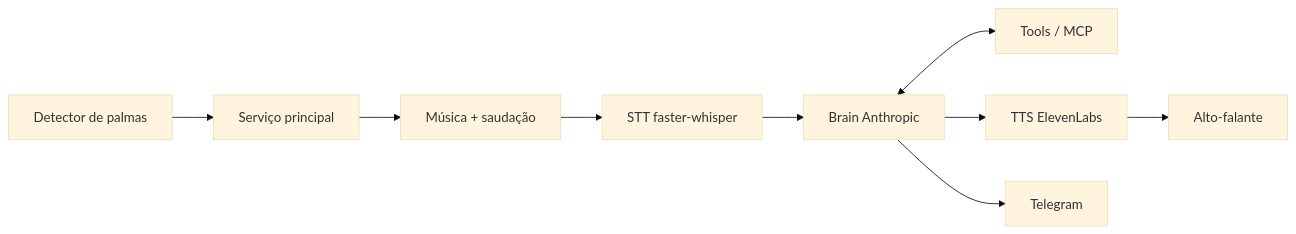
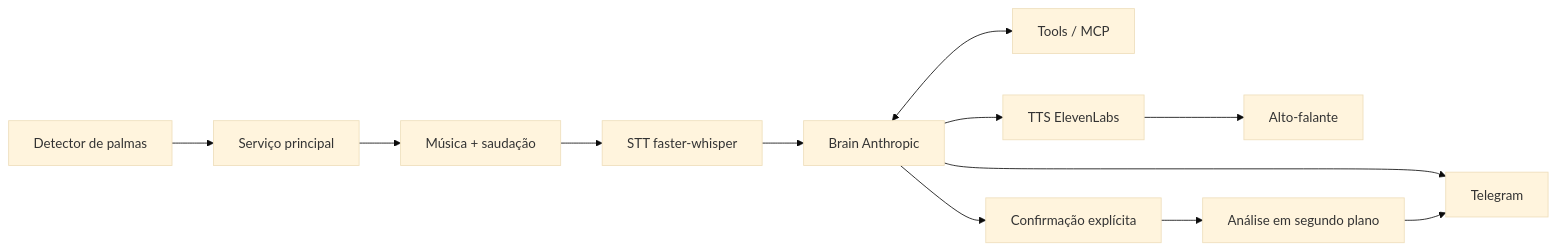
The diagram in vault/arquitetura/visao-geral.md (matheusIACreator/jarvis-ai), drawn with Mermaid (base theme) before and after one commit. The commit also changed other lines of this file and 70 other files, not shown here.

````diff
--- a/vault/arquitetura/visao-geral.md
+++ b/vault/arquitetura/visao-geral.md
@@ -21,11 +23,14 @@
 ```mermaid
 flowchart LR
     A[Detector de palmas] --> B[Serviço principal]
     B --> C[Música + saudação]
     C --> D[STT faster-whisper]
     D --> E[Brain Anthropic]
     E <--> F[Tools / MCP]
     E --> G[TTS ElevenLabs]
     G --> H[Alto-falante]
     E --> I[Telegram]
+    E --> J[Confirmação explícita]
+    J --> K[Análise em segundo plano]
+    K --> I
 ```
````
